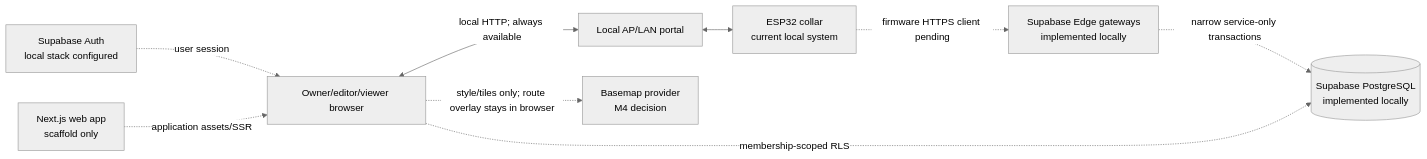
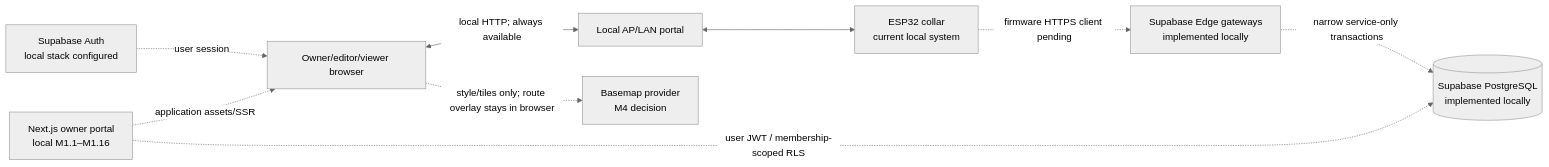
One commit to bultodepapas/Dog-RGB changed the second of 5 diagrams in docs/architecture.md. Above: the diagram before and after it, drawn with Mermaid (neutral theme). The commit also changed other lines of this file and 16 other files, not shown here.

````diff
--- a/docs/architecture.md
+++ b/docs/architecture.md
@@ -27,20 +27,20 @@
 ```mermaid
 flowchart LR
     COLLAR[ESP32 collar\ncurrent local system]
     AP[Local AP/LAN portal]
     EDGE[Supabase Edge gateways\nimplemented locally]
     DB[(Supabase PostgreSQL\nimplemented locally)]
     AUTH[Supabase Auth\nlocal stack configured]
-    WEB[Next.js web app\nscaffold only]
+    WEB[Next.js owner portal\nlocal M1.1–M1.16]
     USER[Owner/editor/viewer browser]
     MAP[Basemap provider\nM4 decision]
 
     USER <-->|local HTTP; always available| AP
     AP <--> COLLAR
     COLLAR -. firmware HTTPS client pending .-> EDGE
     EDGE -. narrow service-only transactions .-> DB
     AUTH -. user session .-> USER
-    USER -. membership-scoped RLS .-> DB
+    WEB -. user JWT / membership-scoped RLS .-> DB
     WEB -. application assets/SSR .-> USER
     USER -. style/tiles only; route overlay stays in browser .-> MAP
 ```
````
